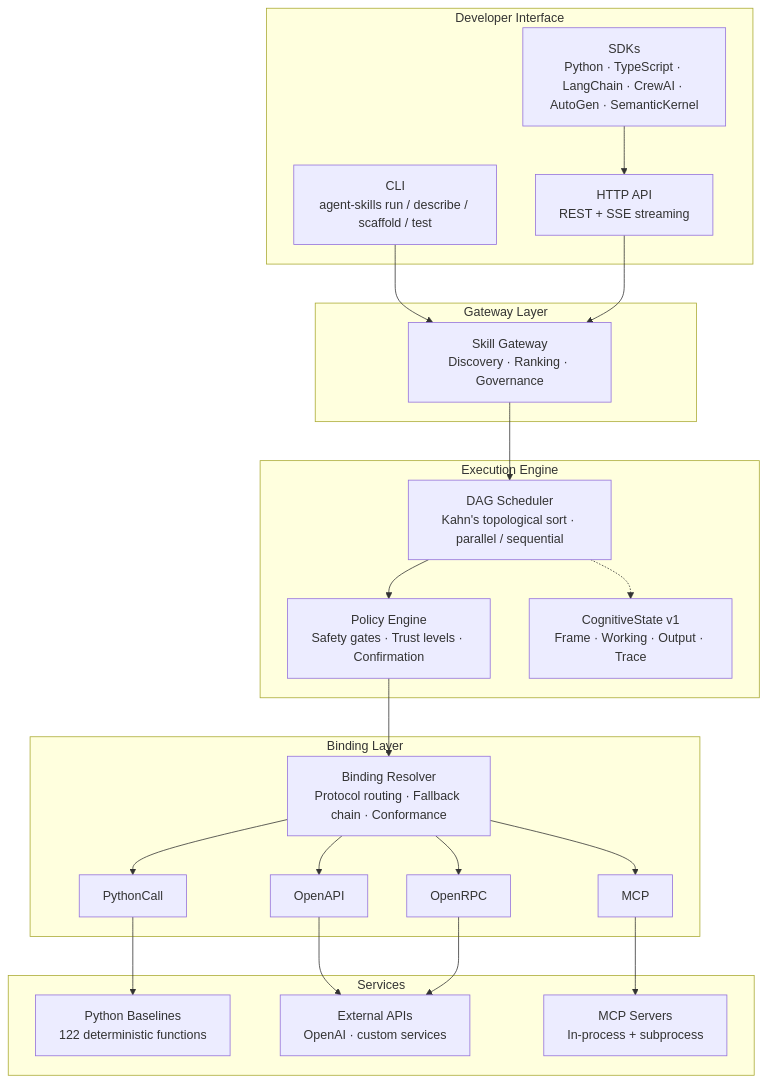
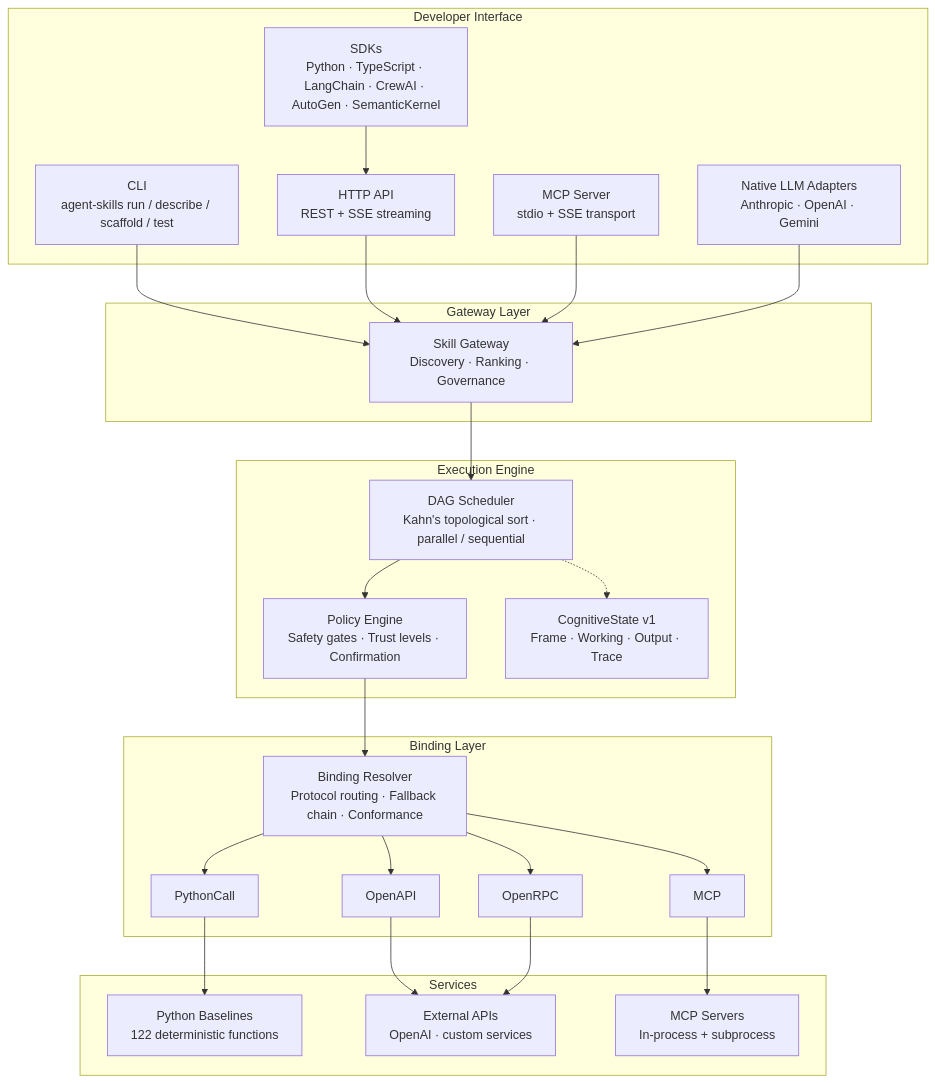
One commit to gfernandf/agent-skills changed the diagram in README.md. Above: the diagram before and after it, drawn with Mermaid. The commit also changed other lines of this file and 9 other files, not shown here.

First line of the commit message:
feat: MCP server + native LLM adapters (Anthropic, OpenAI, Gemini)

````diff
--- a/README.md
+++ b/README.md
@@ -33,44 +33,48 @@
 ```mermaid
 graph TB
     subgraph "Developer Interface"
         CLI["CLI<br/>agent-skills run / describe / scaffold / test"]
         HTTP["HTTP API<br/>REST + SSE streaming"]
         SDK["SDKs<br/>Python · TypeScript · LangChain · CrewAI · AutoGen · SemanticKernel"]
+        MCP_SERVER["MCP Server<br/>stdio + SSE transport"]
+        LLM_NATIVE["Native LLM Adapters<br/>Anthropic · OpenAI · Gemini"]
     end
 
     subgraph "Gateway Layer"
         GW["Skill Gateway<br/>Discovery · Ranking · Governance"]
     end
 
     subgraph "Execution Engine"
         SCHED["DAG Scheduler<br/>Kahn's topological sort · parallel / sequential"]
         POLICY["Policy Engine<br/>Safety gates · Trust levels · Confirmation"]
         COGSTATE["CognitiveState v1<br/>Frame · Working · Output · Trace"]
     end
 
     subgraph "Binding Layer"
         BR["Binding Resolver<br/>Protocol routing · Fallback chain · Conformance"]
         PC["PythonCall"]
         OA["OpenAPI"]
         MCP_P["MCP"]
         RPC["OpenRPC"]
     end
 
     subgraph "Services"
         BASELINE["Python Baselines<br/>122 deterministic functions"]
         EXTERNAL["External APIs<br/>OpenAI · custom services"]
         MCP_SRV["MCP Servers<br/>In-process + subprocess"]
     end
 
     CLI --> GW
     HTTP --> GW
     SDK --> HTTP
+    MCP_SERVER --> GW
+    LLM_NATIVE --> GW
     GW --> SCHED
     SCHED --> POLICY
     POLICY --> BR
     SCHED -.-> COGSTATE
     BR --> PC --> BASELINE
     BR --> OA --> EXTERNAL
     BR --> MCP_P --> MCP_SRV
     BR --> RPC --> EXTERNAL
 ```
````
